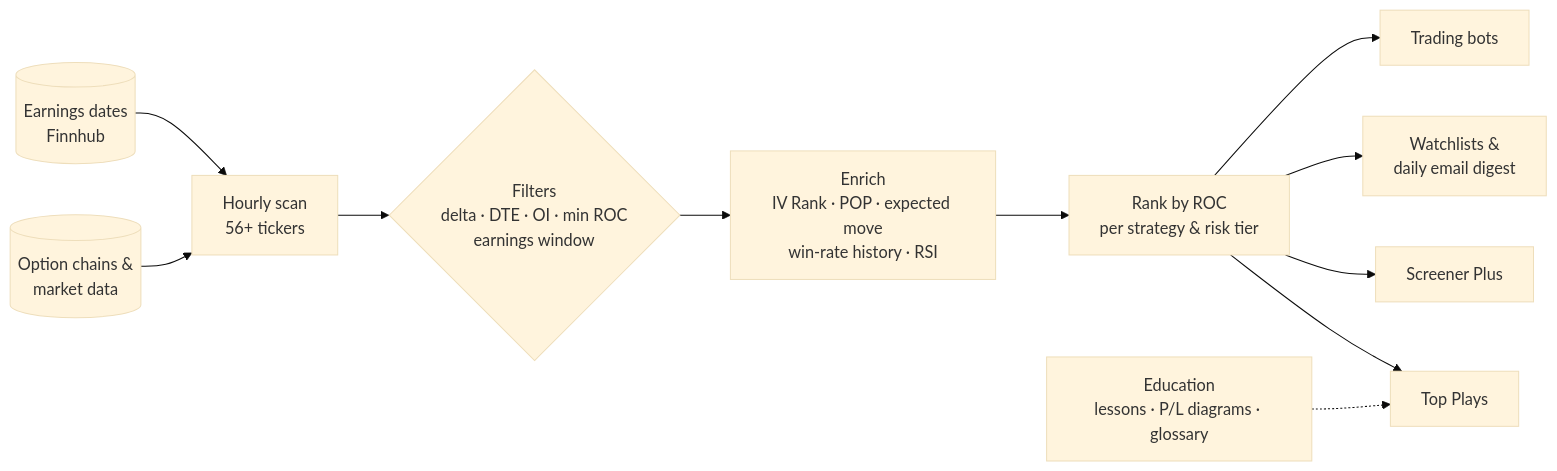
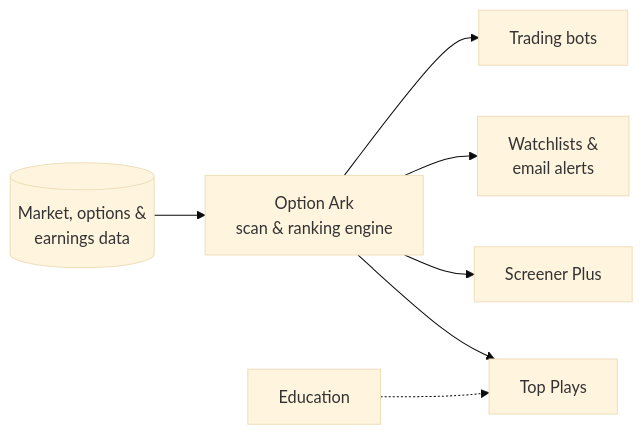
The fifth of 7 diagrams in README.md (OA-JVKing/OA-JVKing), drawn with Mermaid (base theme) before and after one commit. The commit also changed other lines of this file, not shown here.

First line of the commit message:
Reorder sections, drop overview diagram, simplify Option Ark pipeline

````diff
--- a/README.md
+++ b/README.md
@@ -77,13 +129,9 @@
 ```mermaid
 flowchart LR
-    CH[("Option chains &<br/>market data")] --> SCAN["Hourly scan<br/>56+ tickers"]
-    ER[("Earnings dates<br/>Finnhub")] --> SCAN
-    SCAN --> FLT{"Filters<br/>delta · DTE · OI · min ROC<br/>earnings window"}
-    FLT --> MET["Enrich<br/>IV Rank · POP · expected move<br/>win-rate history · RSI"]
-    MET --> RANK["Rank by ROC<br/>per strategy & risk tier"]
-    RANK --> TOP["Top Plays"]
-    RANK --> SCR["Screener Plus"]
-    RANK --> MAIL["Watchlists &<br/>daily email digest"]
-    RANK --> BOTS["Trading bots"]
-    EDU["Education<br/>lessons · P/L diagrams · glossary"] -.-> TOP
+    DATA[("Market, options &<br/>earnings data")] --> ENGINE["Option Ark<br/>scan & ranking engine"]
+    ENGINE --> TOP["Top Plays"]
+    ENGINE --> SCR["Screener Plus"]
+    ENGINE --> ALERT["Watchlists &<br/>email alerts"]
+    ENGINE --> BOTS["Trading bots"]
+    EDU["Education"] -.-> TOP
 ```
````
